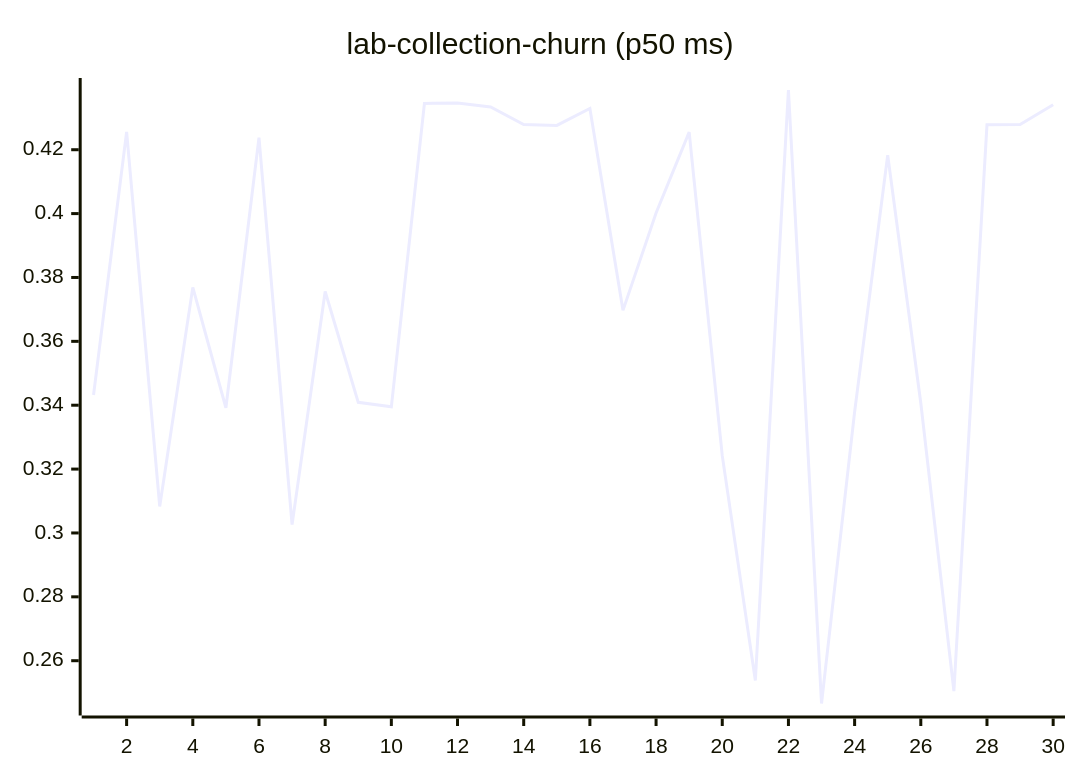
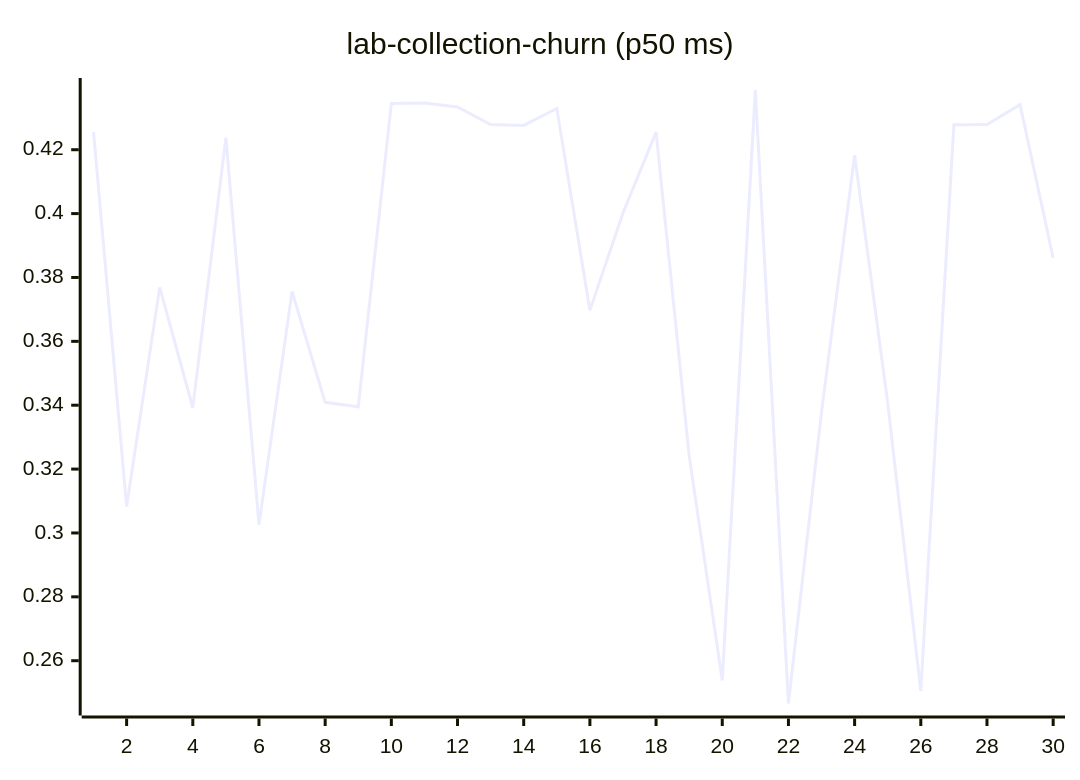
Before and after one commit to josha/Facet: diagram 11 of 27 in README.md, drawn with Mermaid. The commit also changed other lines of this file and 2 other files, not shown here.

````diff
--- a/README.md
+++ b/README.md
@@ -133,6 +133,6 @@
 ```mermaid
 xychart-beta
     title "lab-collection-churn (p50 ms)"
     x-axis 1 --> 30
-    line [0.3432, 0.4256, 0.3083, 0.3769, 0.3392, 0.4238, 0.3026, 0.3756, 0.3409, 0.3395, 0.4345, 0.4346, 0.4334, 0.4279, 0.4276, 0.4329, 0.3697, 0.4002, 0.4255, 0.3242, 0.2538, 0.4387, 0.2466, 0.3379, 0.4183, 0.3407, 0.2505, 0.4278, 0.4279, 0.4341]
+    line [0.4256, 0.3083, 0.3769, 0.3392, 0.4238, 0.3026, 0.3756, 0.3409, 0.3395, 0.4345, 0.4346, 0.4334, 0.4279, 0.4276, 0.4329, 0.3697, 0.4002, 0.4255, 0.3242, 0.2538, 0.4387, 0.2466, 0.3379, 0.4183, 0.3407, 0.2505, 0.4278, 0.4279, 0.4341, 0.3861]
 ```
````
